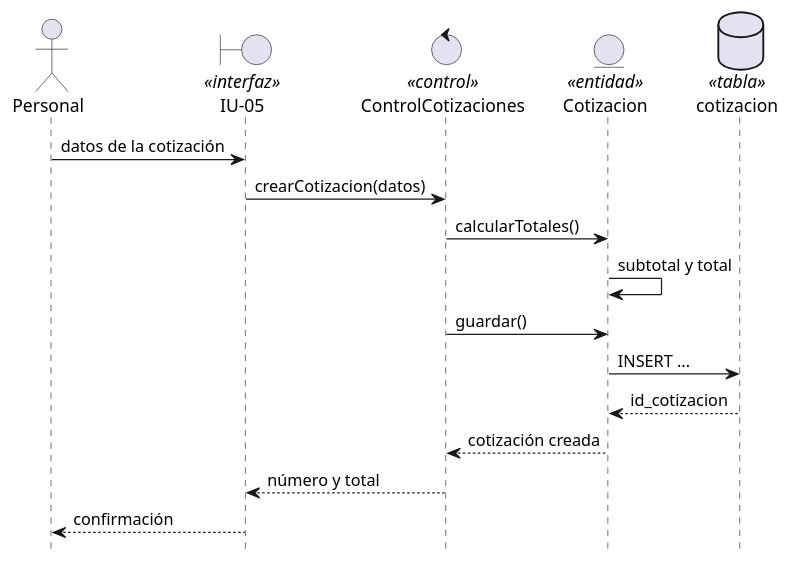
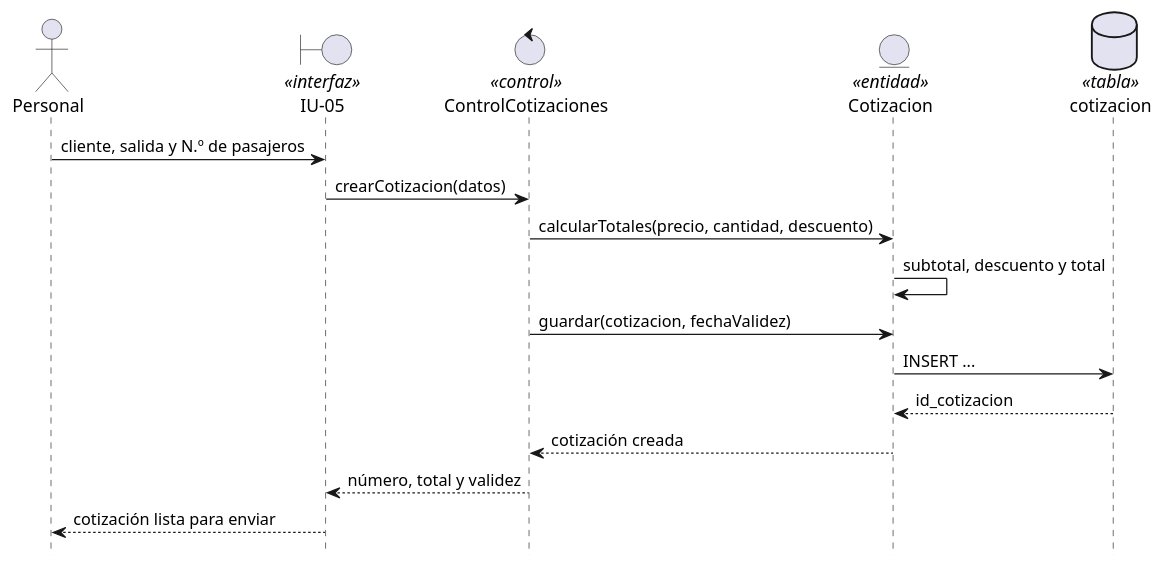
The diagram in diagramas/fuentes/uml/secuencia-light/hu-05-elaborar-cotizacion.puml (fervflow/sis-inf3-proyecto-formativo), drawn with PlantUML before and after one commit. The commit also changed 32 other files, not shown here.

Commit message:
refactor: diagramas de secuencia, HU orientado a turistas agregado

```diff
--- a/diagramas/fuentes/uml/secuencia-light/hu-05-elaborar-cotizacion.puml
+++ b/diagramas/fuentes/uml/secuencia-light/hu-05-elaborar-cotizacion.puml
@@ -1,21 +1,21 @@
 @startuml
 ' HU-05 · Elaboración de cotizaciones (versión ligera)
 hide footbox
 
 actor "Personal" as PER
 boundary "IU-05" as UI <<interfaz>>
 control "ControlCotizaciones" as CTRL <<control>>
 entity "Cotizacion" as E_COTIZACION <<entidad>>
 database "cotizacion" as T_COTIZACION <<tabla>>
 
-PER -> UI : datos de la cotización
+PER -> UI : cliente, salida y N.º de pasajeros
 UI -> CTRL : crearCotizacion(datos)
-CTRL -> E_COTIZACION : calcularTotales()
-E_COTIZACION -> E_COTIZACION : subtotal y total
-CTRL -> E_COTIZACION : guardar()
+CTRL -> E_COTIZACION : calcularTotales(precio, cantidad, descuento)
+E_COTIZACION -> E_COTIZACION : subtotal, descuento y total
+CTRL -> E_COTIZACION : guardar(cotizacion, fechaValidez)
 E_COTIZACION -> T_COTIZACION : INSERT ...
 T_COTIZACION --> E_COTIZACION : id_cotizacion
 E_COTIZACION --> CTRL : cotización creada
-CTRL --> UI : número y total
-UI --> PER : confirmación
+CTRL --> UI : número, total y validez
+UI --> PER : cotización lista para enviar
 @enduml
```
